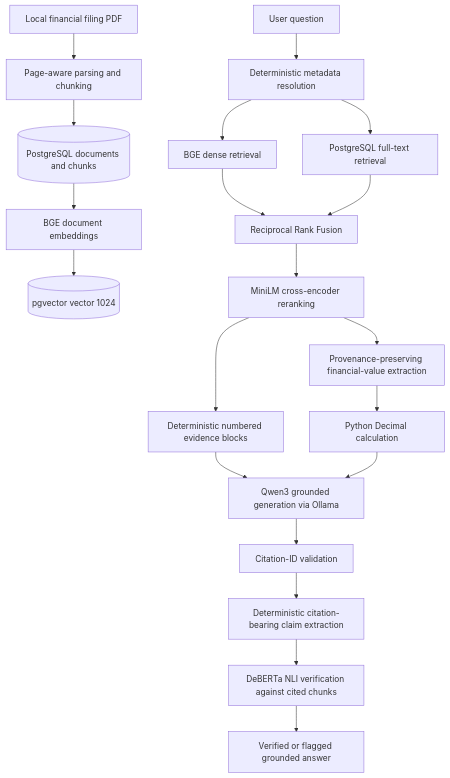
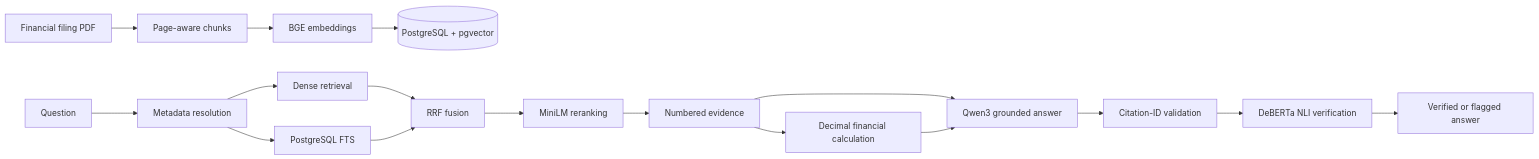
The diagram in README.md (jxcksg17/ai-due-diligence-copilot), drawn with Mermaid before and after one commit. The commit also changed other lines of this file, not shown here.

````diff
--- a/README.md
+++ b/README.md
@@ -20,24 +23,21 @@
 ```mermaid
-flowchart TD
-    A[Local financial filing PDF] --> B[Page-aware parsing and chunking]
-    B --> C[(PostgreSQL documents and chunks)]
-    C --> D[BGE document embeddings]
-    D --> E[(pgvector vector 1024)]
+flowchart LR
+    PDF[Financial filing PDF] --> Parse[Page-aware chunks]
+    Parse --> Embed[BGE embeddings]
+    Embed --> DB[(PostgreSQL + pgvector)]
 
-    Q[User question] --> M[Deterministic metadata resolution]
-    M --> V[BGE dense retrieval]
-    M --> L[PostgreSQL full-text retrieval]
-    V --> F[Reciprocal Rank Fusion]
-    L --> F
-    F --> R[MiniLM cross-encoder reranking]
-    R --> P[Deterministic numbered evidence blocks]
-    P --> G[Qwen3 grounded generation via Ollama]
-    G --> I[Citation-ID validation]
-    I --> X[Deterministic citation-bearing claim extraction]
-    X --> N[DeBERTa NLI verification against cited chunks]
-    N --> O[Verified or flagged grounded answer]
+    Q[Question] --> Meta[Metadata resolution]
+    Meta --> Dense[Dense retrieval]
+    Meta --> FTS[PostgreSQL FTS]
+    Dense --> RRF[RRF fusion]
+    FTS --> RRF
+    RRF --> Rank[MiniLM reranking]
+    Rank --> Evidence[Numbered evidence]
+    Evidence --> Qwen[Qwen3 grounded answer]
+    Qwen --> IDs[Citation-ID validation]
+    IDs --> NLI[DeBERTa NLI verification]
+    NLI --> Answer[Verified or flagged answer]
 
-    R --> S[Provenance-preserving financial-value extraction]
-    S --> C1[Python Decimal calculation]
-    C1 --> G
+    Evidence --> Calc[Decimal financial calculation]
+    Calc --> Qwen
 ```
````
